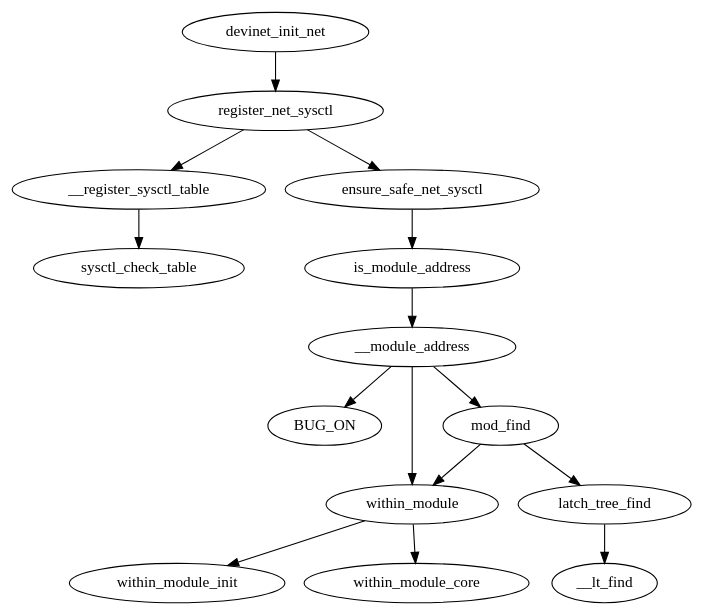
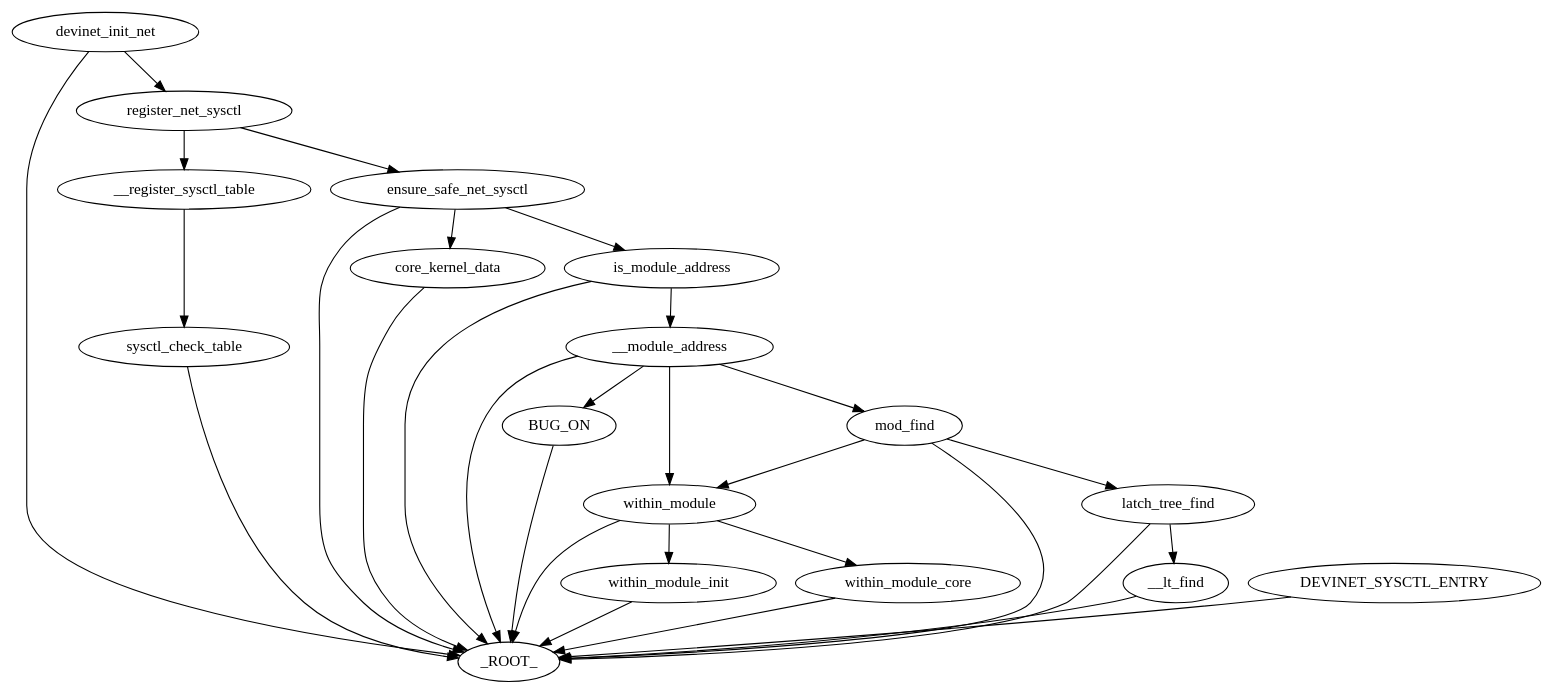
The diagram in partial_graph_ip_forward.dot (cendes/knob_graph_search), drawn with Graphviz before and after one commit. The commit also changed 39 other files, not shown here.

```diff
--- a/partial_graph_ip_forward.dot
+++ b/partial_graph_ip_forward.dot
@@ -1,16 +1,31 @@
 digraph "/home/cendes/Documents/masters_thesis/ocloz/knob_graph_search/./partial_graph_ip_forward.dot" {
+	 devinet_init_net -> _ROOT_
+	 sysctl_check_table -> _ROOT_
 	 __register_sysctl_table -> sysctl_check_table
+	 core_kernel_data -> _ROOT_
+	 ensure_safe_net_sysctl -> core_kernel_data
+	 BUG_ON -> _ROOT_
 	 __module_address -> BUG_ON
+	 within_module_init -> _ROOT_
 	 within_module -> within_module_init
+	 within_module_core -> _ROOT_
 	 within_module -> within_module_core
-	 latch_tree_find -> __lt_find
-	 is_module_address -> __module_address
-	 ensure_safe_net_sysctl -> is_module_address
-	 register_net_sysctl -> ensure_safe_net_sysctl
-	 mod_find -> latch_tree_find
-	 __module_address -> mod_find
+	 within_module -> _ROOT_
 	 __module_address -> within_module
 	 mod_find -> within_module
+	 __lt_find -> _ROOT_
+	 latch_tree_find -> __lt_find
+	 latch_tree_find -> _ROOT_
+	 mod_find -> latch_tree_find
+	 mod_find -> _ROOT_
+	 __module_address -> mod_find
+	 __module_address -> _ROOT_
+	 is_module_address -> __module_address
+	 is_module_address -> _ROOT_
+	 ensure_safe_net_sysctl -> is_module_address
+	 ensure_safe_net_sysctl -> _ROOT_
+	 register_net_sysctl -> ensure_safe_net_sysctl
+	 DEVINET_SYSCTL_ENTRY -> _ROOT_
 	 devinet_init_net -> register_net_sysctl
 	 register_net_sysctl -> __register_sysctl_table
 }
```
